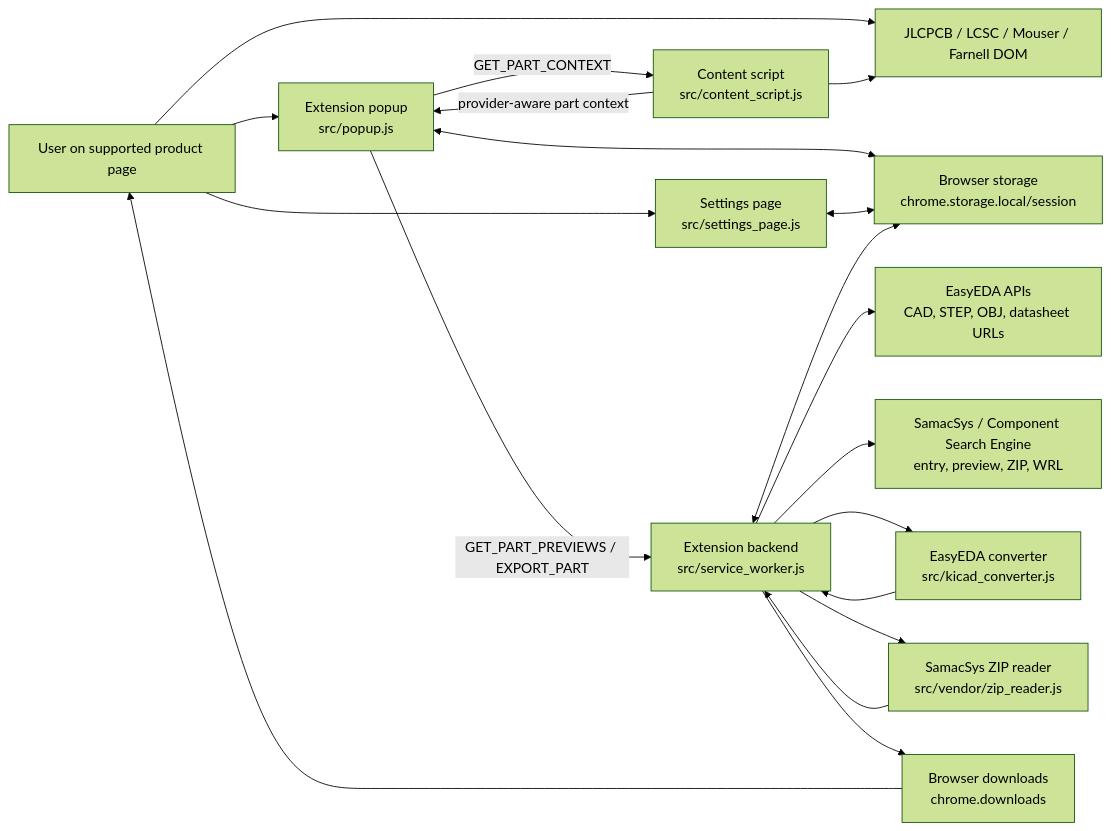
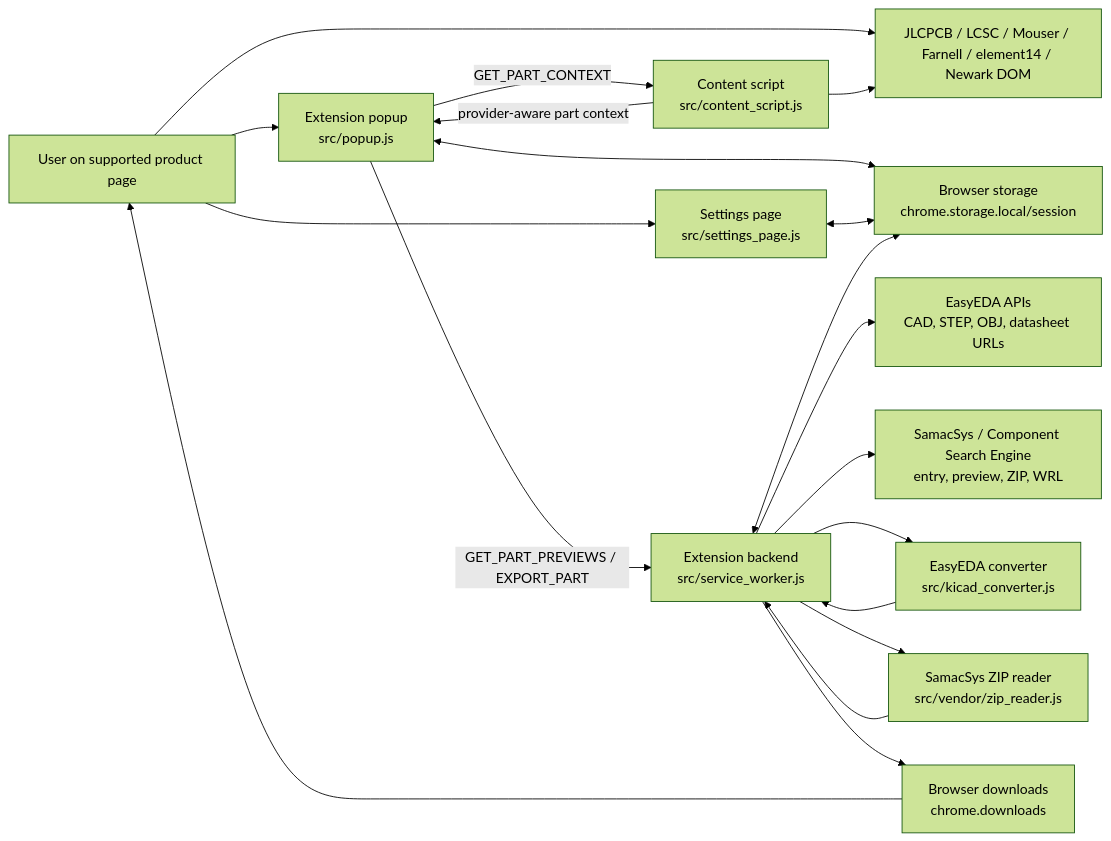
Before and after one commit to JoeShade/easyEdaDownloader: the diagram in systemDesign.md, drawn with Mermaid (forest theme). The commit also changed other lines of this file and 7 other files, not shown here.

````diff
--- a/systemDesign.md
+++ b/systemDesign.md
@@ -67,34 +67,34 @@
 ```mermaid
 flowchart LR
     user["User on supported product page"]
-    productPage["JLCPCB / LCSC / Mouser / Farnell DOM"]
+    productPage["JLCPCB / LCSC / Mouser / Farnell / element14 / Newark DOM"]
     contentScript["Content script\nsrc/content_script.js"]
     popup["Extension popup\nsrc/popup.js"]
     settingsPage["Settings page\nsrc/settings_page.js"]
     storage["Browser storage\nchrome.storage.local/session"]
     serviceWorker["Extension backend\nsrc/service_worker.js"]
     converter["EasyEDA converter\nsrc/kicad_converter.js"]
     zipReader["SamacSys ZIP reader\nsrc/vendor/zip_reader.js"]
     downloads["Browser downloads\nchrome.downloads"]
     easyeda["EasyEDA APIs\nCAD, STEP, OBJ, datasheet URLs"]
     samacsys["SamacSys / Component Search Engine\nentry, preview, ZIP, WRL"]
 
     user --> productPage
     user --> popup
     user --> settingsPage
     popup -- "GET_PART_CONTEXT" --> contentScript
     contentScript --> productPage
     contentScript -- "provider-aware part context" --> popup
     popup <--> storage
     settingsPage <--> storage
     popup -- "GET_PART_PREVIEWS / EXPORT_PART" --> serviceWorker
     serviceWorker <--> storage
     serviceWorker --> easyeda
     serviceWorker --> samacsys
     serviceWorker --> converter
     serviceWorker --> zipReader
     converter --> serviceWorker
     zipReader --> serviceWorker
     serviceWorker --> downloads
     downloads --> user
 ```
````
